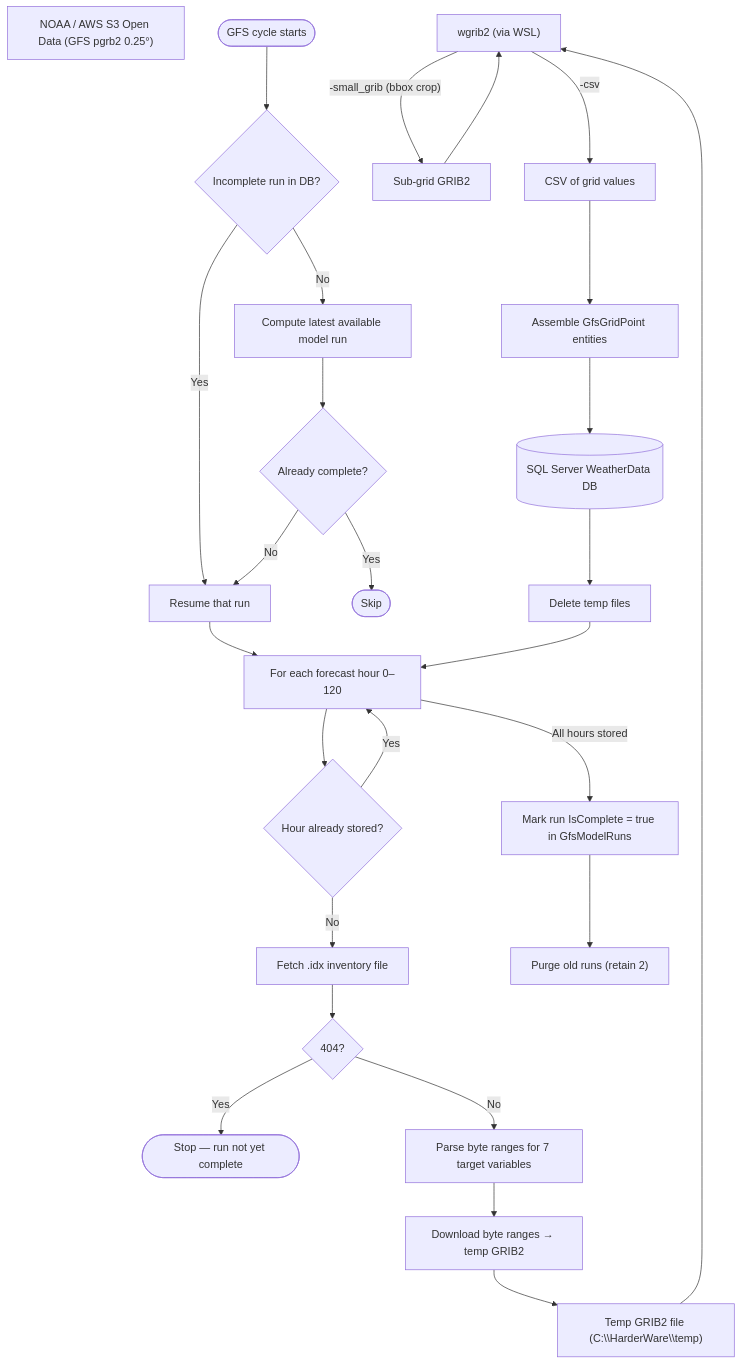
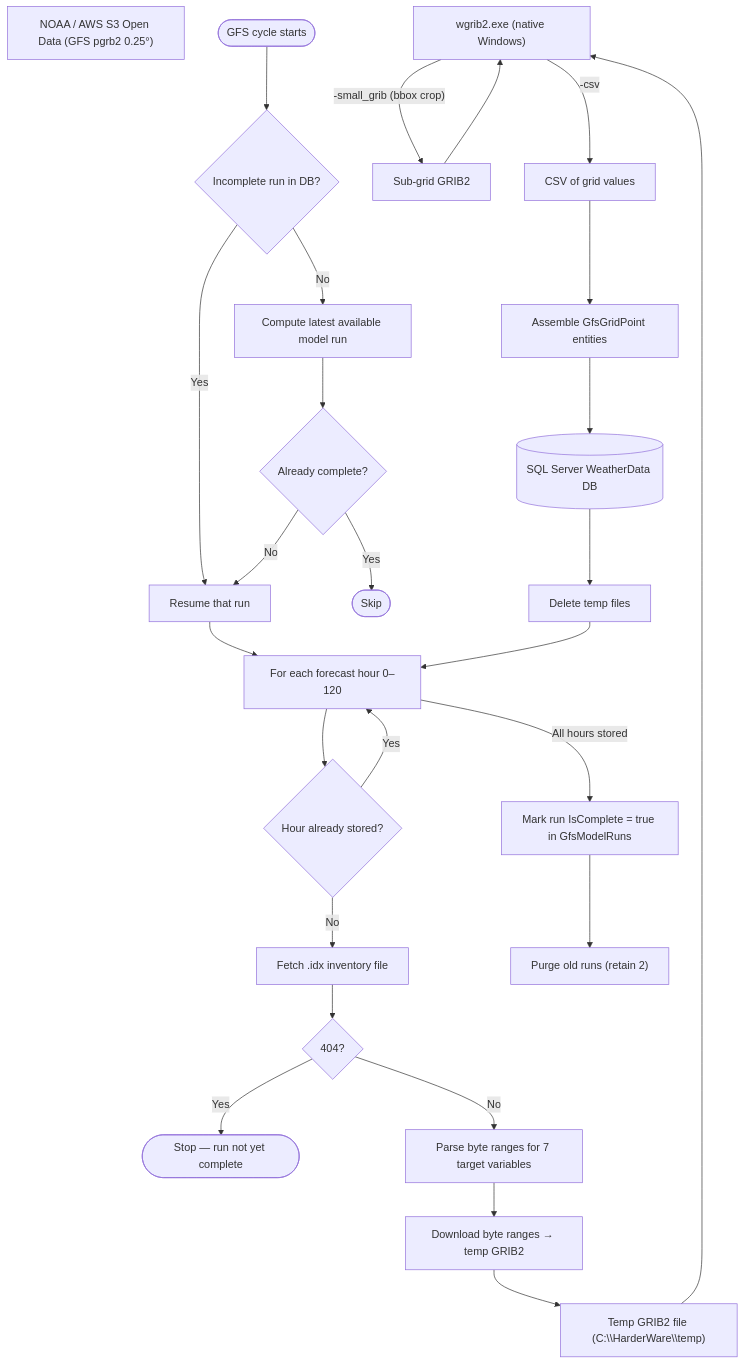
Before and after one commit to PaulHarder2/HarderWare: the third of 8 diagrams in WxServices/DESIGN.md, drawn with Mermaid. The commit also changed other lines of this file and 13 other files, not shown here.

````diff
--- a/WxServices/DESIGN.md
+++ b/WxServices/DESIGN.md
@@ -145,35 +145,35 @@
 ```mermaid
 flowchart TD
     NOMADS["NOAA / AWS S3 Open Data (GFS pgrb2 0.25°)"]
-    WGRIB2["wgrib2 (via WSL)"]
+    WGRIB2["wgrib2.exe (native Windows)"]
     DB[("SQL Server WeatherData DB")]
     TEMP["Temp GRIB2 file (C:\\HarderWare\\temp)"]
 
     START([GFS cycle starts]) --> PENDING{Incomplete run in DB?}
     PENDING -->|Yes| RESUME["Resume that run"]
     PENDING -->|No| LATEST["Compute latest available model run"]
     LATEST --> KNOWN{Already complete?}
     KNOWN -->|Yes| SKIP([Skip])
     KNOWN -->|No| RESUME
 
     RESUME --> LOOP["For each forecast hour 0–120"]
     LOOP --> STORED{Hour already stored?}
     STORED -->|Yes| LOOP
     STORED -->|No| IDX["Fetch .idx inventory file"]
     IDX --> NOTFOUND{404?}
     NOTFOUND -->|Yes| STOP([Stop — run not yet complete])
     NOTFOUND -->|No| RANGES["Parse byte ranges for 7 target variables"]
     RANGES --> DOWNLOAD["Download byte ranges → temp GRIB2"]
     DOWNLOAD --> TEMP
     TEMP --> WGRIB2
     WGRIB2 -->|"-small_grib (bbox crop)"| SUBGRID["Sub-grid GRIB2"]
     SUBGRID --> WGRIB2
     WGRIB2 -->|"-csv"| CSV["CSV of grid values"]
     CSV --> ASSEMBLE["Assemble GfsGridPoint entities"]
     ASSEMBLE --> DB
     DB --> CLEANUP["Delete temp files"]
     CLEANUP --> LOOP
 
     LOOP -->|All hours stored| MARK["Mark run IsComplete = true in GfsModelRuns"]
     MARK --> PURGE["Purge old runs (retain 2)"]
 ```
````
